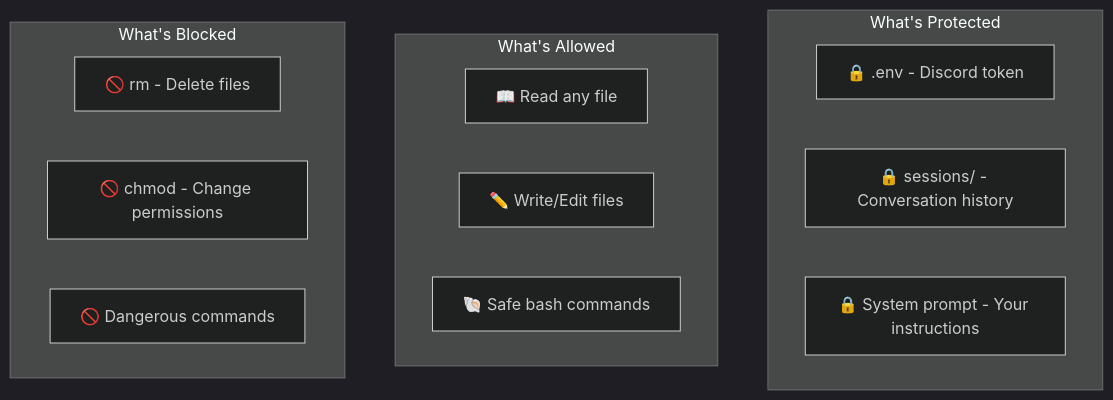
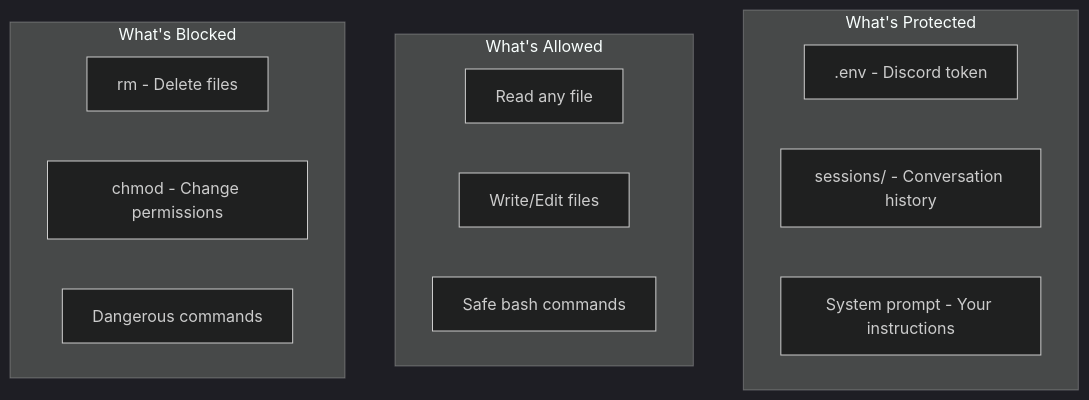
Before and after one commit to jamesmoon2/ATLAS-bot: the sixth of 6 diagrams in README.md, drawn with Mermaid (dark theme). The commit also changed other lines of this file, not shown here.

First line of the commit message:
Fix Mermaid diagrams not rendering on GitHub

````diff
--- a/README.md
+++ b/README.md
@@ -252,20 +252,20 @@
 ```mermaid
 flowchart TB
     subgraph "What's Protected"
-        A[🔒 .env - Discord token]
-        B[🔒 sessions/ - Conversation history]
-        C[🔒 System prompt - Your instructions]
+        A[.env - Discord token]
+        B[sessions/ - Conversation history]
+        C[System prompt - Your instructions]
     end
 
     subgraph "What's Allowed"
-        D[📖 Read any file]
-        E[✏️ Write/Edit files]
-        F[🐚 Safe bash commands]
+        D[Read any file]
+        E[Write/Edit files]
+        F[Safe bash commands]
     end
 
     subgraph "What's Blocked"
-        G[🚫 rm - Delete files]
-        H[🚫 chmod - Change permissions]
-        I[🚫 Dangerous commands]
+        G[rm - Delete files]
+        H[chmod - Change permissions]
+        I[Dangerous commands]
     end
 ```
````
